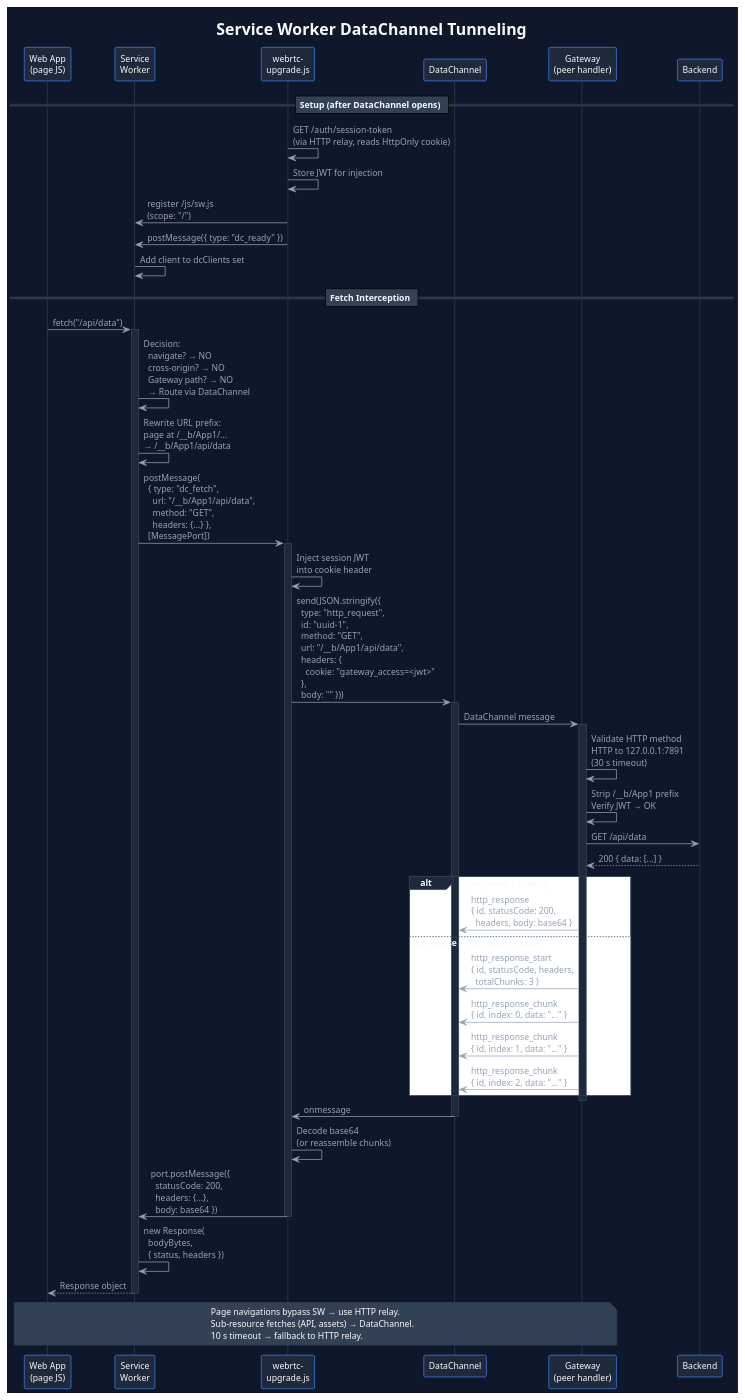
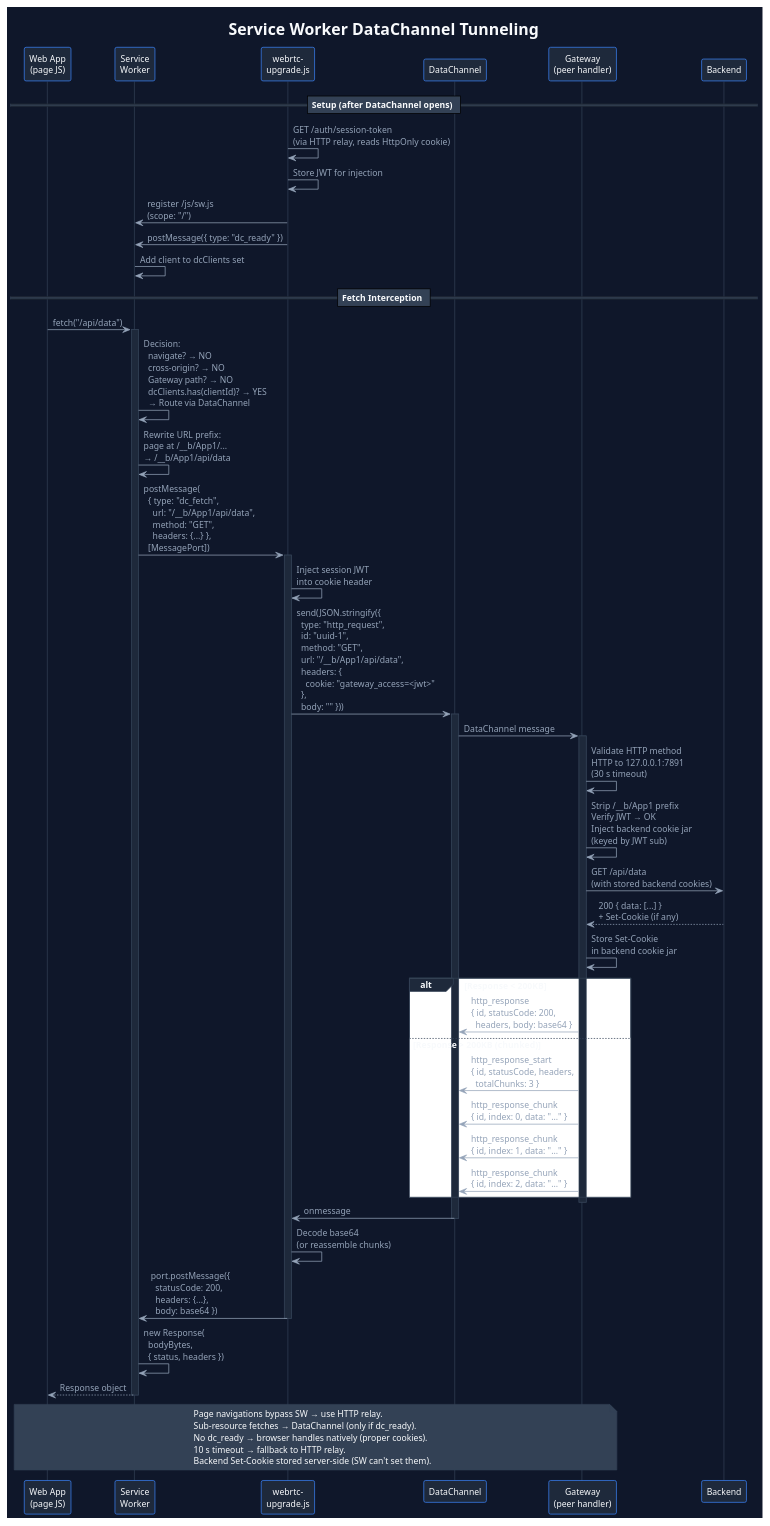
The diagram in bridges/punchd-bridge/docs/diagrams/07-service-worker-datachannel.puml (tide-foundation/keylessh-m2), drawn with PlantUML before and after one commit. The commit also changed 12 other files, not shown here.

```diff
--- a/bridges/punchd-bridge/docs/diagrams/07-service-worker-datachannel.puml
+++ b/bridges/punchd-bridge/docs/diagrams/07-service-worker-datachannel.puml
@@ -1,98 +1,101 @@
 @startuml service-worker-datachannel
 !theme plain
 title Service Worker DataChannel Tunneling
 
 skinparam {
   backgroundColor #0f172a
   defaultFontColor #f8fafc
   defaultFontName "Segoe UI"
   defaultFontSize 12
   SequenceLifeLineBorderColor #334155
   SequenceLifeLineBackgroundColor #1e293b
   ParticipantBackgroundColor #1e293b
   ParticipantBorderColor #3b82f6
   ParticipantFontColor #f8fafc
   ArrowColor #94a3b8
   ArrowFontColor #94a3b8
   NoteBackgroundColor #1e293b
   NoteBorderColor #334155
   NoteFontColor #f8fafc
   SequenceGroupBackgroundColor #1e293b
   SequenceGroupBorderColor #334155
   SequenceDividerBackgroundColor #334155
   SequenceDividerFontColor #f8fafc
 }
 
 participant "Web App\n(page JS)" as app #1e293b
 participant "Service\nWorker" as sw #1e293b
 participant "webrtc-\nupgrade.js" as rtc #1e293b
 participant "DataChannel" as dc #1e293b
 participant "Gateway\n(peer handler)" as gw #1e293b
 participant "Backend" as backend #1e293b
 
 == Setup (after DataChannel opens) ==
 
 rtc -> rtc : GET /auth/session-token\n(via HTTP relay, reads HttpOnly cookie)
 rtc -> rtc : Store JWT for injection
 
 rtc -> sw : register /js/sw.js\n(scope: "/")
 rtc -> sw : postMessage({ type: "dc_ready" })
 sw -> sw : Add client to dcClients set
 
 == Fetch Interception ==
 
 app -> sw : fetch("/api/data")
 activate sw
 
-sw -> sw : Decision:\n  navigate? → NO\n  cross-origin? → NO\n  Gateway path? → NO\n  → Route via DataChannel
+sw -> sw : Decision:\n  navigate? → NO\n  cross-origin? → NO\n  Gateway path? → NO\n  dcClients.has(clientId)? → YES\n  → Route via DataChannel
 
 sw -> sw : Rewrite URL prefix:\npage at /__b/App1/...\n→ /__b/App1/api/data
 
 sw -> rtc : postMessage(\n  { type: "dc_fetch",\n    url: "/__b/App1/api/data",\n    method: "GET",\n    headers: {...} },\n  [MessagePort])
 activate rtc
 
 rtc -> rtc : Inject session JWT\ninto cookie header
 
 rtc -> dc : send(JSON.stringify({\n  type: "http_request",\n  id: "uuid-1",\n  method: "GET",\n  url: "/__b/App1/api/data",\n  headers: {\n    cookie: "gateway_access=<jwt>"\n  },\n  body: "" }))
 activate dc
 
 dc -> gw : DataChannel message
 activate gw
 
 gw -> gw : Validate HTTP method\nHTTP to 127.0.0.1:7891\n(30 s timeout)
-gw -> gw : Strip /__b/App1 prefix\nVerify JWT → OK
+gw -> gw : Strip /__b/App1 prefix\nVerify JWT → OK\nInject backend cookie jar\n(keyed by JWT sub)
 
-gw -> backend : GET /api/data
-backend --> gw : 200 { data: [...] }
+gw -> backend : GET /api/data\n(with stored backend cookies)
+backend --> gw : 200 { data: [...] }\n+ Set-Cookie (if any)
+gw -> gw : Store Set-Cookie\nin backend cookie jar
 
 alt Response < 200KB
   gw -> dc : http_response\n{ id, statusCode: 200,\n  headers, body: base64 }
 else Response > 200KB (chunked)
   gw -> dc : http_response_start\n{ id, statusCode, headers,\n  totalChunks: 3 }
   gw -> dc : http_response_chunk\n{ id, index: 0, data: "..." }
   gw -> dc : http_response_chunk\n{ id, index: 1, data: "..." }
   gw -> dc : http_response_chunk\n{ id, index: 2, data: "..." }
 end
 
 deactivate gw
 
 dc -> rtc : onmessage
 deactivate dc
 
 rtc -> rtc : Decode base64\n(or reassemble chunks)
 
 rtc -> sw : port.postMessage({\n  statusCode: 200,\n  headers: {...},\n  body: base64 })
 deactivate rtc
 
 sw -> sw : new Response(\n  bodyBytes,\n  { status, headers })
 
 sw --> app : Response object
 deactivate sw
 
 note over app, gw #334155
   Page navigations bypass SW → use HTTP relay.
-  Sub-resource fetches (API, assets) → DataChannel.
+  Sub-resource fetches → DataChannel (only if dc_ready).
+  No dc_ready → browser handles natively (proper cookies).
   10 s timeout → fallback to HTTP relay.
+  Backend Set-Cookie stored server-side (SW can't set them).
 end note
 
 @enduml
```
